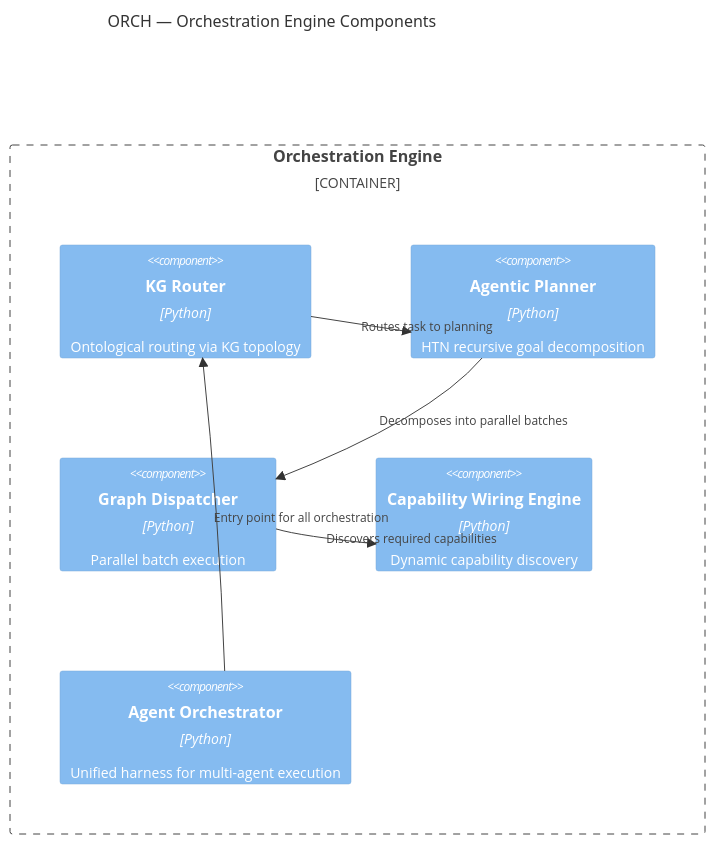
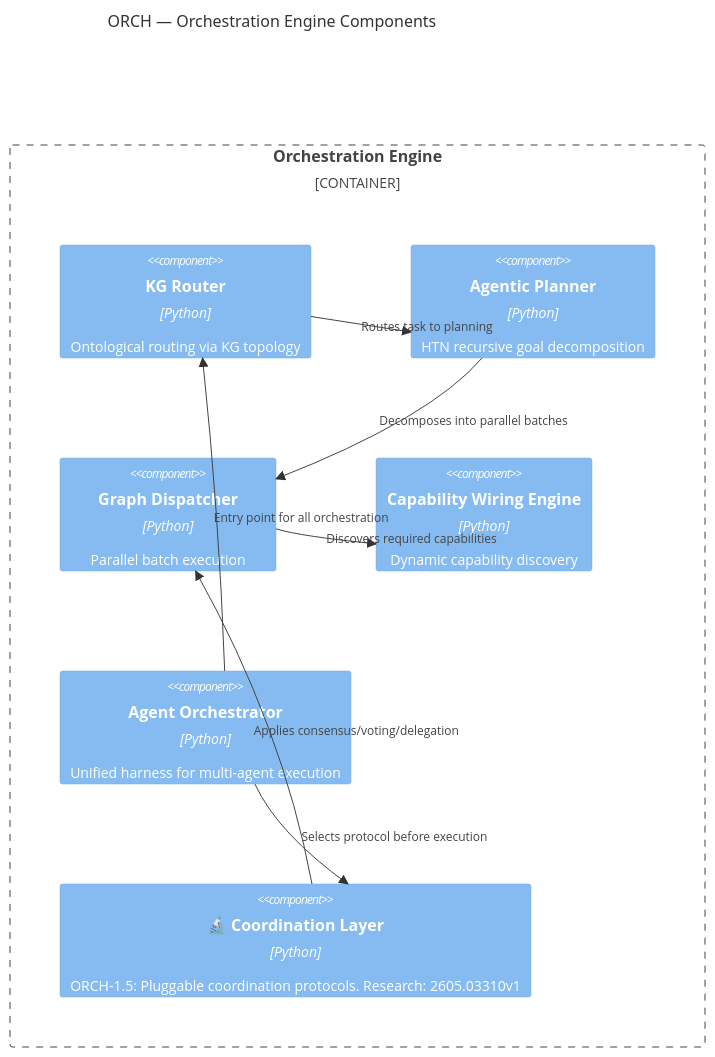
The third of 9 diagrams in docs/pillars/architecture_c4.md (Knuckles-Team/agent-utilities), drawn with Mermaid before and after one commit. The commit also changed other lines of this file and 234 other files, not shown here.

````diff
--- a/docs/pillars/architecture_c4.md
+++ b/docs/pillars/architecture_c4.md
@@ -72,17 +77,20 @@
 ```mermaid
 C4Component
     title ORCH — Orchestration Engine Components
 
     Container_Boundary(orch, "Orchestration Engine") {
         Component(router, "KG Router", "Python", "Ontological routing via KG topology")
         Component(planner, "Agentic Planner", "Python", "HTN recursive goal decomposition")
         Component(dispatcher, "Graph Dispatcher", "Python", "Parallel batch execution")
         Component(wiring, "Capability Wiring Engine", "Python", "Dynamic capability discovery")
         Component(orchestrator, "Agent Orchestrator", "Python", "Unified harness for multi-agent execution")
+        Component(coord, "🔬 Coordination Layer", "Python", "ORCH-1.5: Pluggable coordination protocols. Research: 2605.03310v1")
     }
 
     Rel(router, planner, "Routes task to planning")
     Rel(planner, dispatcher, "Decomposes into parallel batches")
     Rel(dispatcher, wiring, "Discovers required capabilities")
     Rel(orchestrator, router, "Entry point for all orchestration")
+    Rel(orchestrator, coord, "Selects protocol before execution")
+    Rel(coord, dispatcher, "Applies consensus/voting/delegation")
 ```
````
